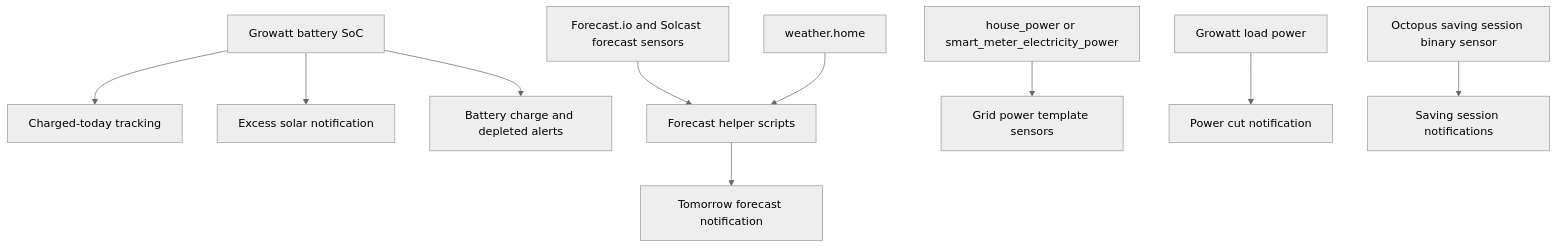
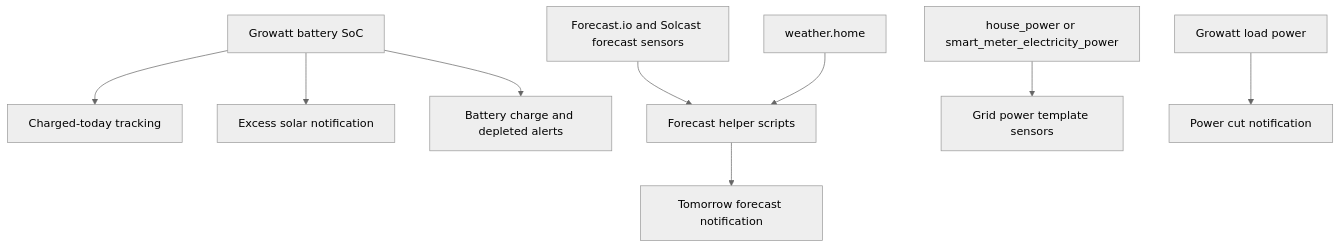
The diagram in packages/integrations/energy/energy_README.md (dannytsang/homeassistant-config), drawn with Mermaid (neutral theme) before and after one commit. The commit also changed other lines of this file and 14 other files, not shown here.

````diff
--- a/packages/integrations/energy/energy_README.md
+++ b/packages/integrations/energy/energy_README.md
@@ -24,12 +23,11 @@
 ```mermaid
 flowchart TB
     BatterySOC[Growatt battery SoC] --> ChargeToday[Charged-today tracking]
     BatterySOC --> ExcessSolar[Excess solar notification]
     BatterySOC --> BatteryAlerts[Battery charge and depleted alerts]
     Forecast[Forecast.io and Solcast forecast sensors] --> ForecastScripts[Forecast helper scripts]
     Weather[weather.home] --> ForecastScripts
     ForecastScripts --> TomorrowNotify[Tomorrow forecast notification]
     Grid[house_power or smart_meter_electricity_power] --> GridSensors[Grid power template sensors]
     Load[Growatt load power] --> PowerCut[Power cut notification]
-    Octopus[Octopus saving session binary sensor] --> SavingSession[Saving session notifications]
 ```
````
